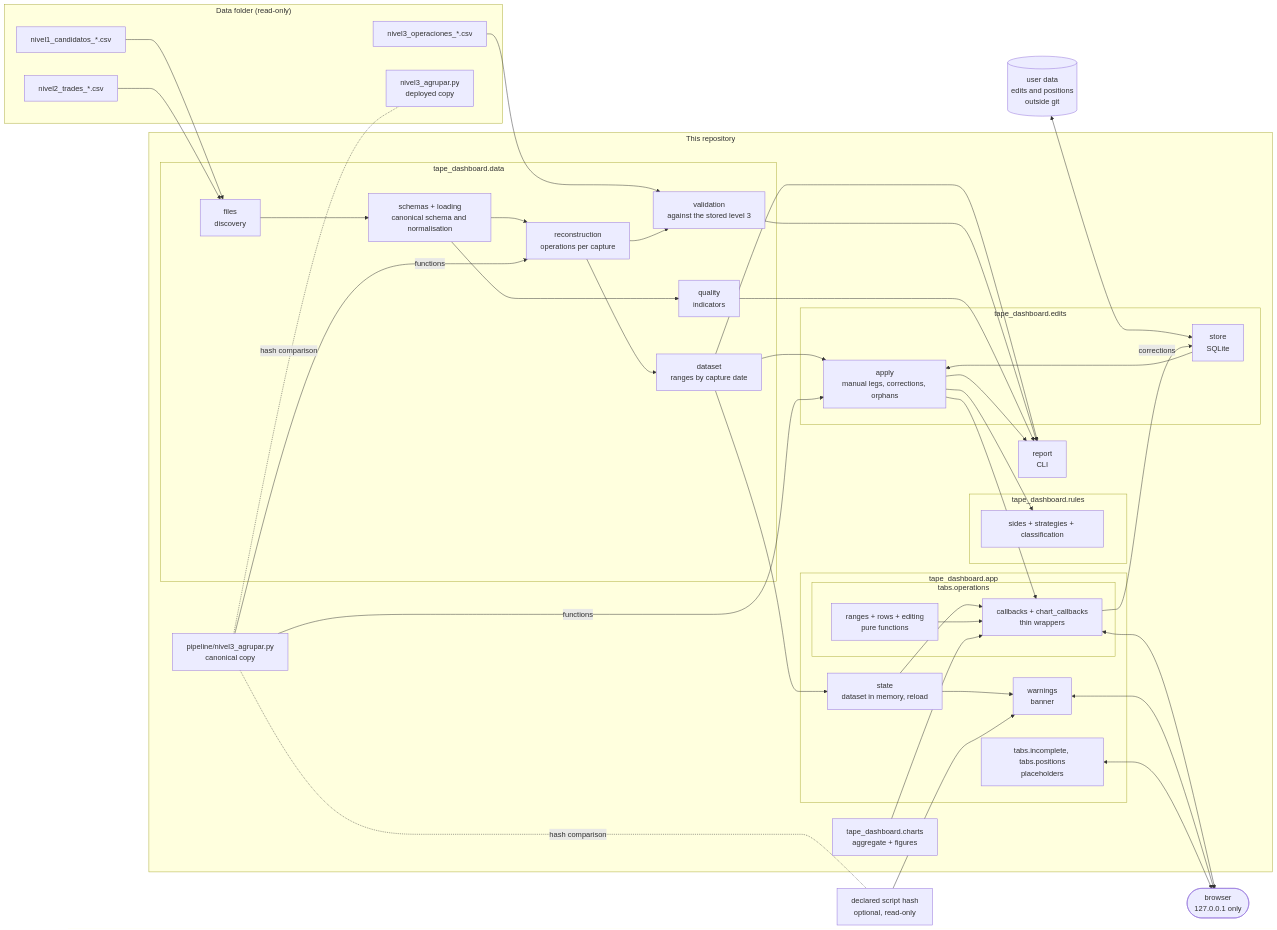
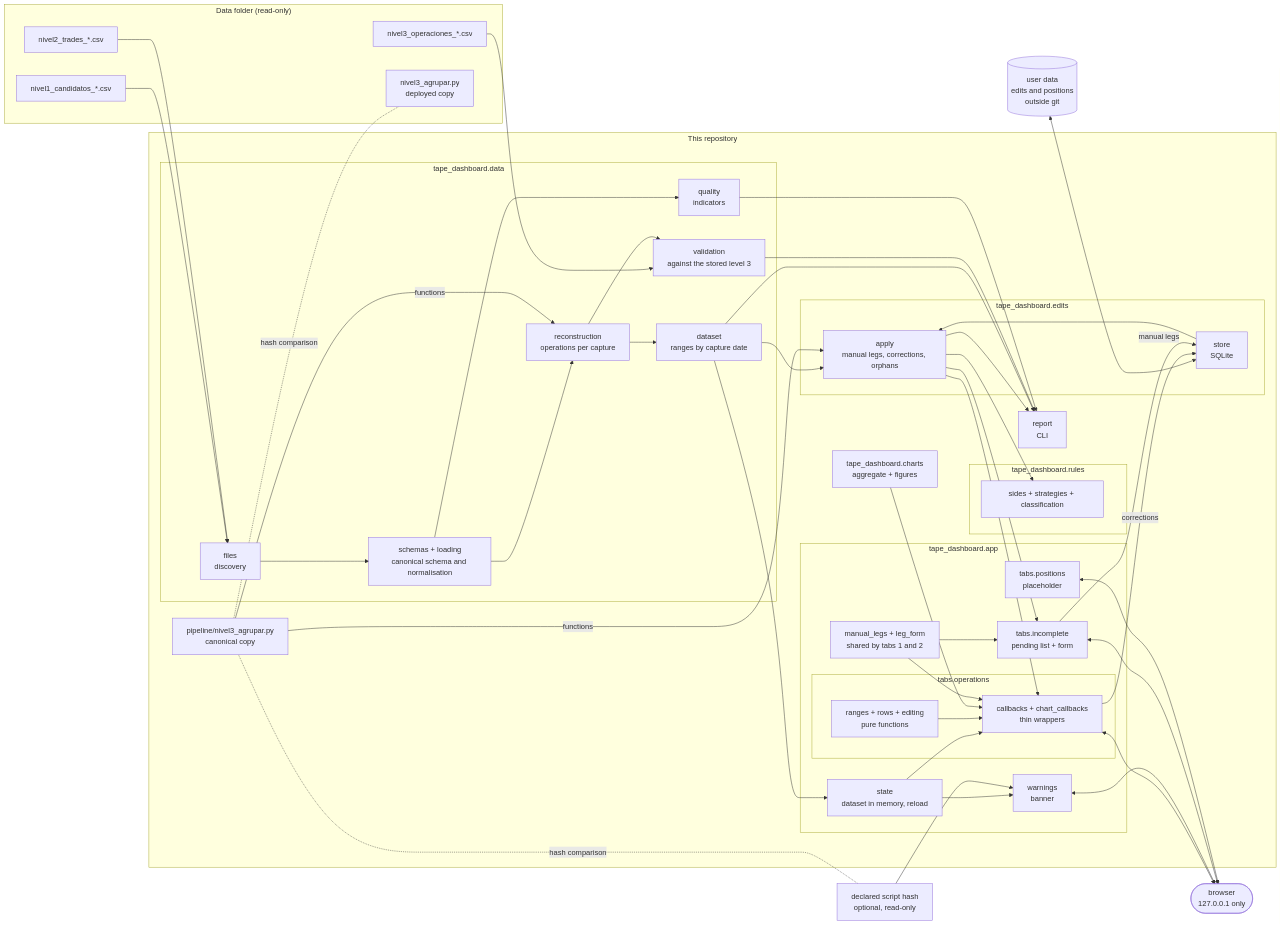
Before and after one commit to Promero20/options-tape-dashboard: the diagram in docs/architecture.md, drawn with Mermaid. The commit also changed other lines of this file and 6 other files, not shown here.

First line of the commit message:
Document manual legs and mark phase 5 as done

````diff
--- a/docs/architecture.md
+++ b/docs/architecture.md
@@ -3,65 +3,70 @@
 ```mermaid
 flowchart LR
     subgraph datafolder["Data folder (read-only)"]
         N1[nivel1_candidatos_*.csv]
         N2[nivel2_trades_*.csv]
         N3[nivel3_operaciones_*.csv]
         S[nivel3_agrupar.py<br/>deployed copy]
     end
 
     H[declared script hash<br/>optional, read-only]
 
     subgraph repo["This repository"]
         P[pipeline/nivel3_agrupar.py<br/>canonical copy]
         subgraph data["tape_dashboard.data"]
             F[files<br/>discovery]
             L[schemas + loading<br/>canonical schema and normalisation]
             R[reconstruction<br/>operations per capture]
             D[dataset<br/>ranges by capture date]
             V[validation<br/>against the stored level 3]
             Q[quality<br/>indicators]
         end
         subgraph rules["tape_dashboard.rules"]
             RULES[sides + strategies + classification]
         end
         subgraph edits["tape_dashboard.edits"]
             ST[store<br/>SQLite]
             AP[apply<br/>manual legs, corrections, orphans]
         end
         CH[tape_dashboard.charts<br/>aggregate + figures]
         subgraph app["tape_dashboard.app"]
             STATE[state<br/>dataset in memory, reload]
             W[warnings<br/>banner]
             subgraph tab1["tabs.operations"]
                 PURE[ranges + rows + editing<br/>pure functions]
                 CB[callbacks + chart_callbacks<br/>thin wrappers]
             end
-            TABS[tabs.incomplete, tabs.positions<br/>placeholders]
+            TAB2[tabs.incomplete<br/>pending list + form]
+            ML[manual_legs + leg_form<br/>shared by tabs 1 and 2]
+            TABS[tabs.positions<br/>placeholder]
         end
         REP[report<br/>CLI]
     end
 
     B([browser<br/>127.0.0.1 only])
 
     U[(user data<br/>edits and positions<br/>outside git)]
 
     N1 & N2 --> F --> L --> R --> D
     N3 --> V
     P -- functions --> R
     P -. hash comparison .- S
     R --> V
     L --> Q
     D --> AP --> RULES
     U <--> ST --> AP
     P -- functions --> AP
     D --> STATE
     STATE --> W & CB
     P -. hash comparison .- H
     H --> W
     AP --> CB
     PURE --> CB
     CH --> CB
     CB -- corrections --> ST
-    CB & W & TABS <--> B
+    ML --> CB & TAB2
+    AP --> TAB2
+    TAB2 -- manual legs --> ST
+    CB & W & TAB2 & TABS <--> B
     D & V & Q & AP --> REP
 ```
````
